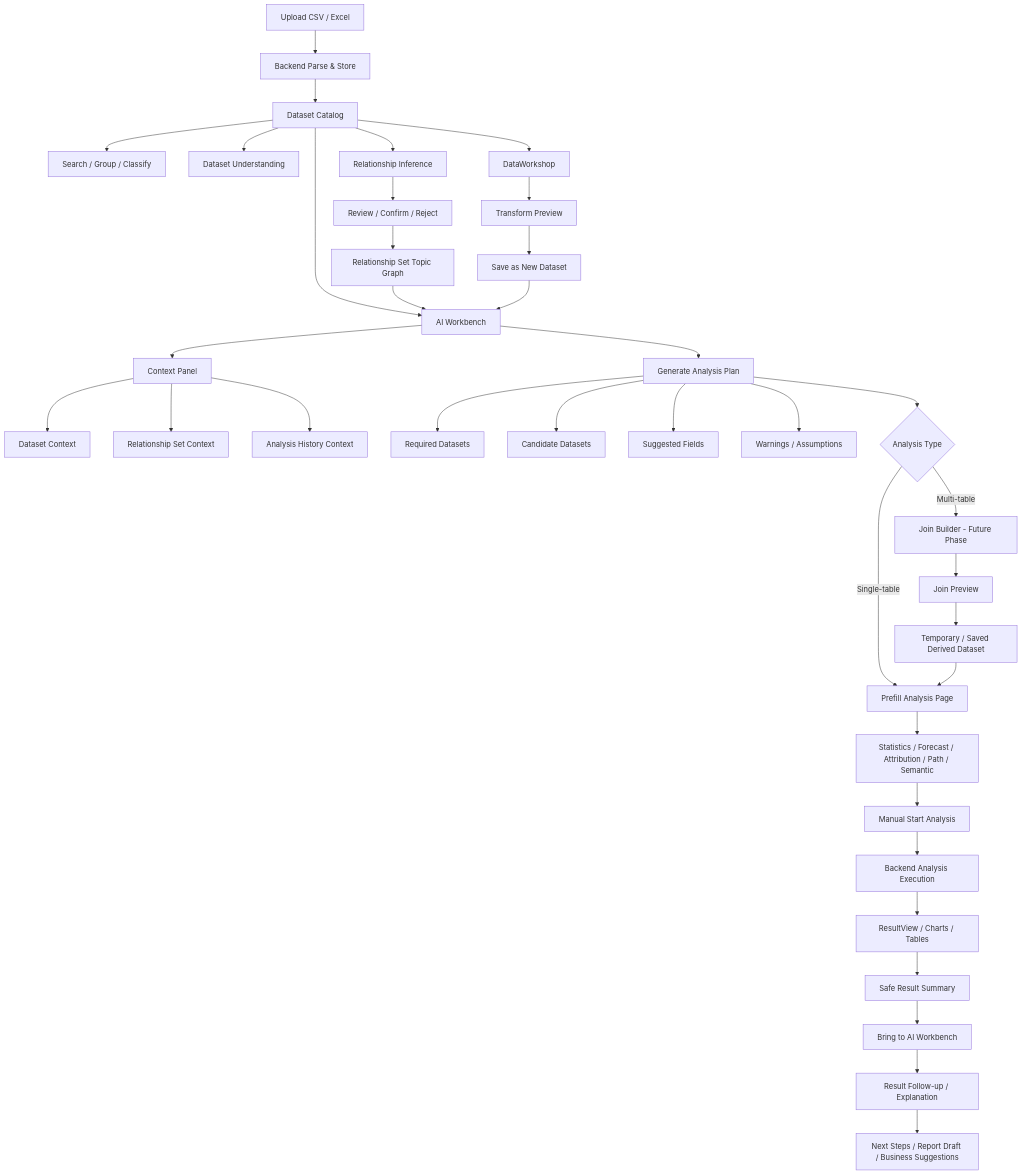
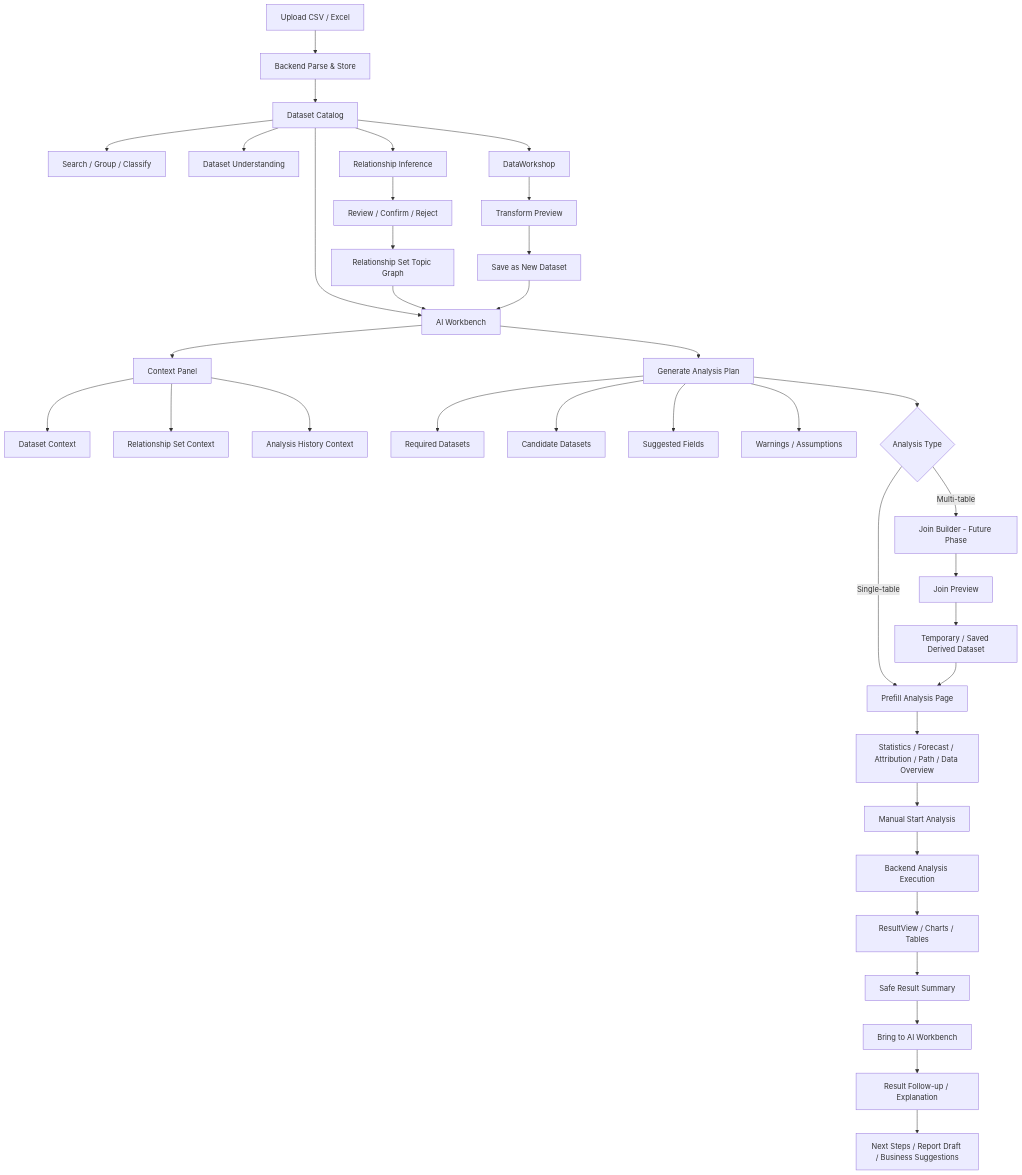
Before and after one commit to Luoqihui2002/InsightEase: the first of 4 diagrams in README.md, drawn with Mermaid. The commit also changed other lines of this file and 73 other files, not shown here.

Commit message:
chore: close V1.0 P0A architecture and security

````diff
--- a/README.md
+++ b/README.md
@@ -182,48 +182,48 @@
 ```mermaid
 flowchart TD
     A[Upload CSV / Excel] --> B[Backend Parse & Store]
     B --> C[Dataset Catalog]
     C --> C1[Search / Group / Classify]
     C --> C2[Dataset Understanding]
 
     C --> D[DataWorkshop]
     D --> D1[Transform Preview]
     D1 --> D2[Save as New Dataset]
 
     C --> E[Relationship Inference]
     E --> E1[Review / Confirm / Reject]
     E1 --> E2[Relationship Set Topic Graph]
 
     C --> F[AI Workbench]
     E2 --> F
     D2 --> F
 
     F --> F1[Context Panel]
     F1 --> F1A[Dataset Context]
     F1 --> F1B[Relationship Set Context]
     F1 --> F1C[Analysis History Context]
 
     F --> G[Generate Analysis Plan]
     G --> G1[Required Datasets]
     G --> G2[Candidate Datasets]
     G --> G3[Suggested Fields]
     G --> G4[Warnings / Assumptions]
 
     G --> H{Analysis Type}
 
     H -->|Single-table| I[Prefill Analysis Page]
-    I --> J[Statistics / Forecast / Attribution / Path / Semantic]
+    I --> J[Statistics / Forecast / Attribution / Path / Data Overview]
     J --> K[Manual Start Analysis]
     K --> L[Backend Analysis Execution]
     L --> M[ResultView / Charts / Tables]
 
     H -->|Multi-table| N[Join Builder - Future Phase]
     N --> N1[Join Preview]
     N1 --> N2[Temporary / Saved Derived Dataset]
     N2 --> I
 
     M --> O[Safe Result Summary]
     O --> P[Bring to AI Workbench]
     P --> Q[Result Follow-up / Explanation]
     Q --> R[Next Steps / Report Draft / Business Suggestions]
 ```
````
